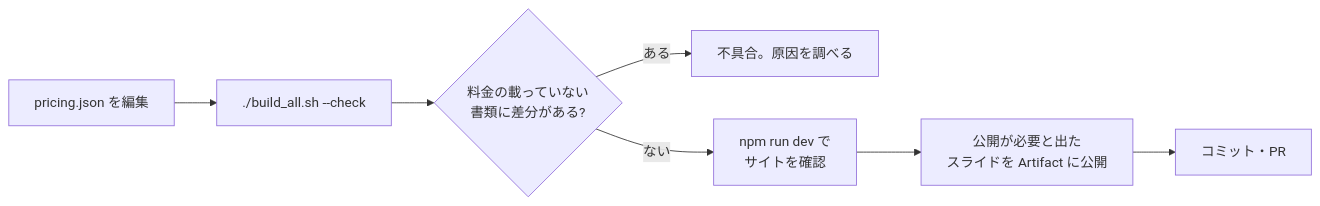
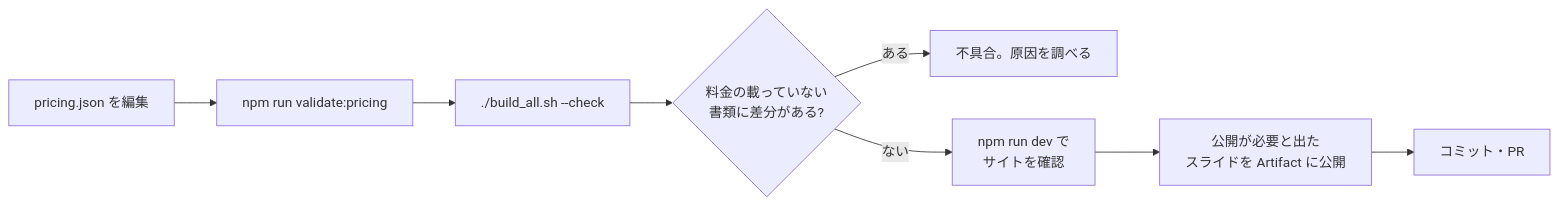
One commit to bright-broom/inofo-system changed diagram 11 of 12 in README.md. Above: the diagram before and after it, drawn with Mermaid. The commit also changed other lines of this file and 8 other files, not shown here.

````diff
--- a/README.md
+++ b/README.md
@@ -432,9 +459,9 @@
 ```mermaid
 flowchart LR
-    A["pricing.json を編集"] --> B["./build_all.sh --check"]
+    A["pricing.json を編集"] --> V["npm run validate:pricing"] --> B["./build_all.sh --check"]
     B --> C{"料金の載っていない<br/>書類に差分がある?"}
     C -->|ある| X["不具合。原因を調べる"]
     C -->|ない| D["npm run dev で<br/>サイトを確認"]
     D --> E["公開が必要と出た<br/>スライドを Artifact に公開"]
     E --> F["コミット・PR"]
 ```
````
